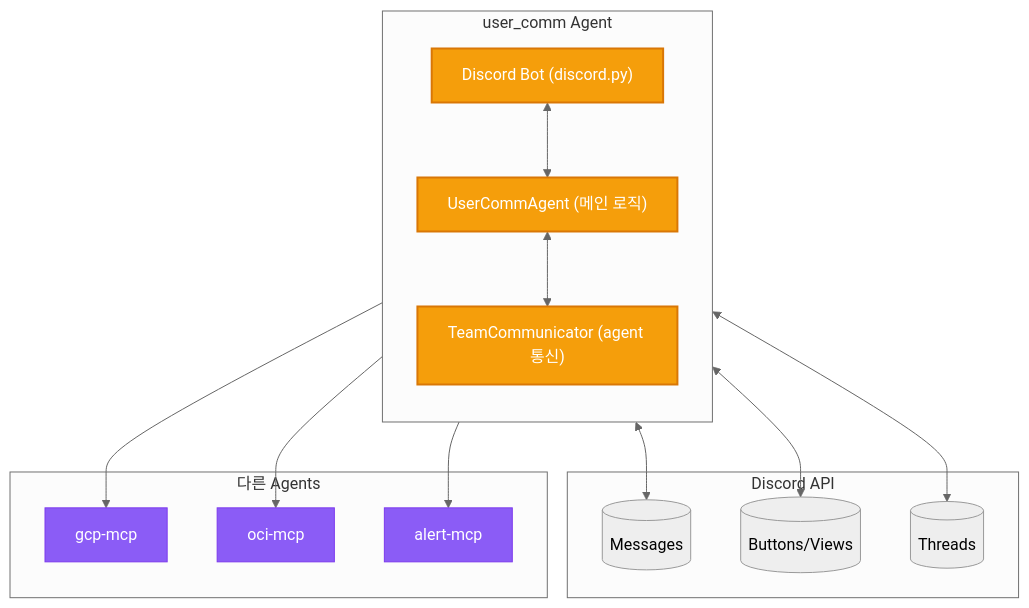
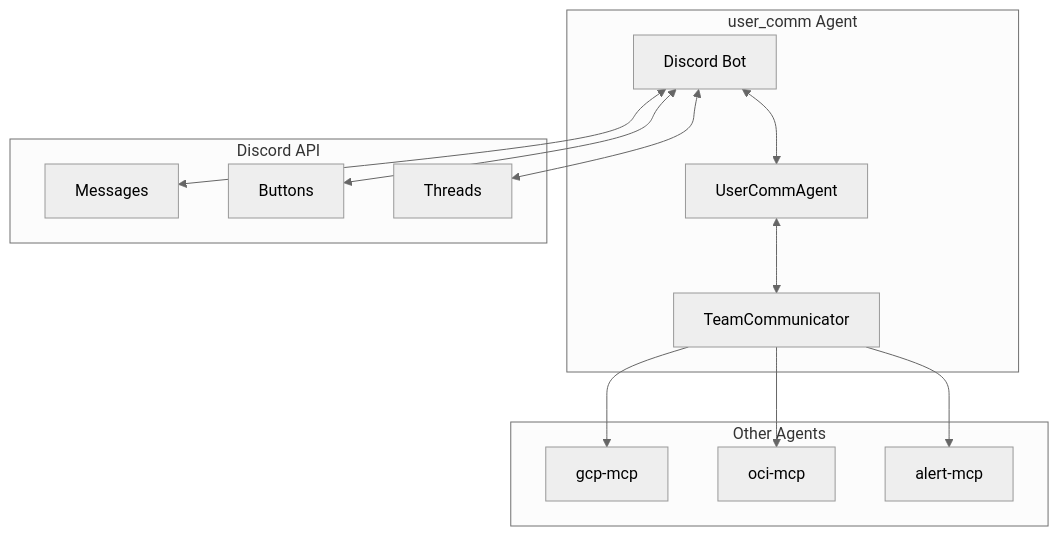
Before and after one commit to yarang/blogs: the second of 7 diagrams in content/ko/post/2026-03-01-013-discord-gateway-mcp-아키텍처-설계.md, drawn with Mermaid (neutral theme). The commit also changed other lines of this file and 1 other file, not shown here.

First line of the commit message:
Simplify Mermaid diagrams for web compatibility

````diff
--- a/content/ko/post/2026-03-01-013-discord-gateway-mcp-아키텍처-설계.md
+++ b/content/ko/post/2026-03-01-013-discord-gateway-mcp-아키텍처-설계.md
@@ -86,35 +76,27 @@
 ```mermaid
 flowchart TB
-    classDef core fill:#F59E0B,stroke:#D97706,color:#fff,stroke-width:2px
-    classDef discord fill:#5865F2,stroke:#404EED,color:#fff
-    classDef team fill:#8B5CF6,stroke:#7C3AED,color:#fff
-
-    subgraph UserComm["user_comm Agent"]
-        direction TB
-        DiscordBot["Discord Bot (discord.py)"]:::core
-        Agent["UserCommAgent (메인 로직)"]:::core
-        TeamComm["TeamCommunicator (agent 통신)"]:::core
-
-        DiscordBot <--> Agent
-        Agent <--> TeamComm
+    subgraph UC[user_comm Agent]
+        DBot[Discord Bot]
+        Agent[UserCommAgent]
+        TComm[TeamCommunicator]
+        DBot <--> Agent
+        Agent <--> TComm
+    end
+    subgraph DAPI[Discord API]
+        M[Messages]
+        B[Buttons]
+        T[Threads]
+    end
+    subgraph O[Other Agents]
+        GCP[gcp-mcp]
+        OCI[oci-mcp]
+        AL[alert-mcp]
     end
 
-    subgraph Discord["Discord API"]
-        Messages[("Messages")]
-        Buttons[("Buttons/Views")]
-        Threads[("Threads")]
-    end
-
-    subgraph Team["다른 Agents"]
-        GCP["gcp-mcp"]:::team
-        OCI["oci-mcp"]:::team
-        Alert["alert-mcp"]:::team
-    end
-
-    DiscordBot <--> Messages
-    DiscordBot <--> Buttons
-    DiscordBot <--> Threads
-    TeamComm --> GCP
-    TeamComm --> OCI
-    TeamComm --> Alert
+    DBot <--> M
+    DBot <--> B
+    DBot <--> T
+    TComm --> GCP
+    TComm --> OCI
+    TComm --> AL
 ```
````
